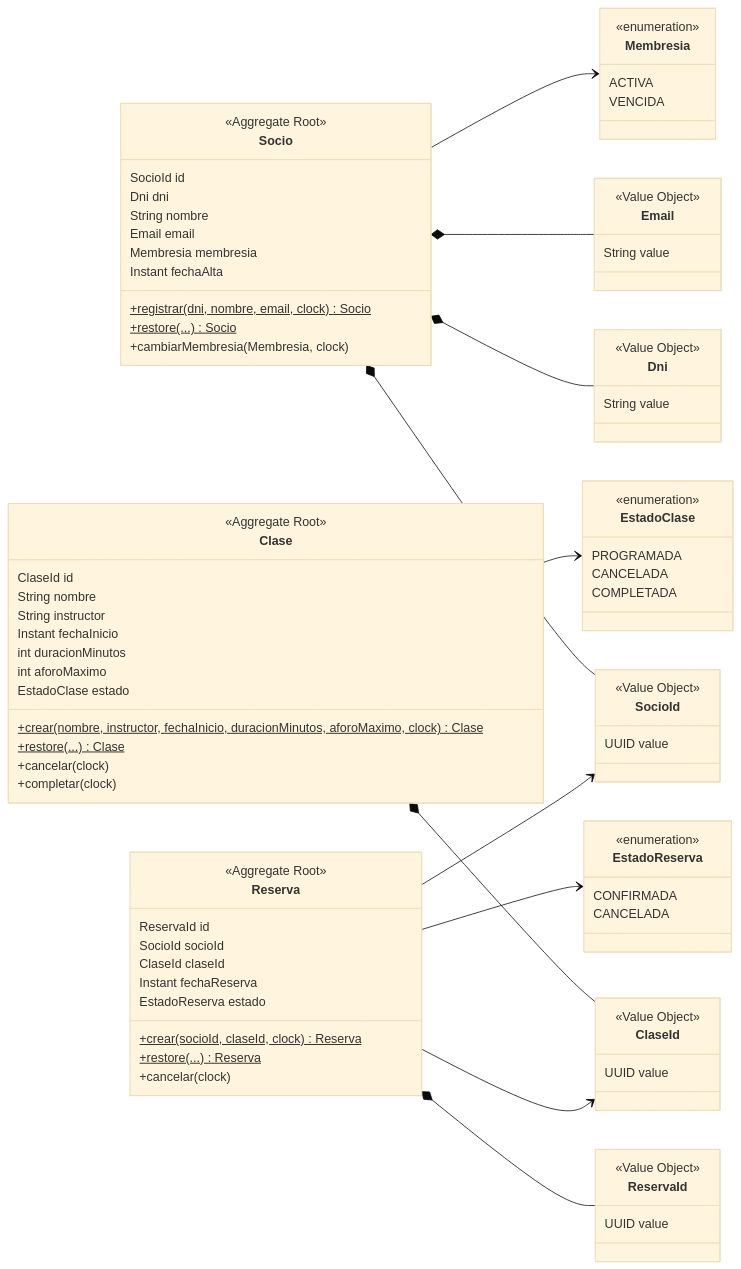
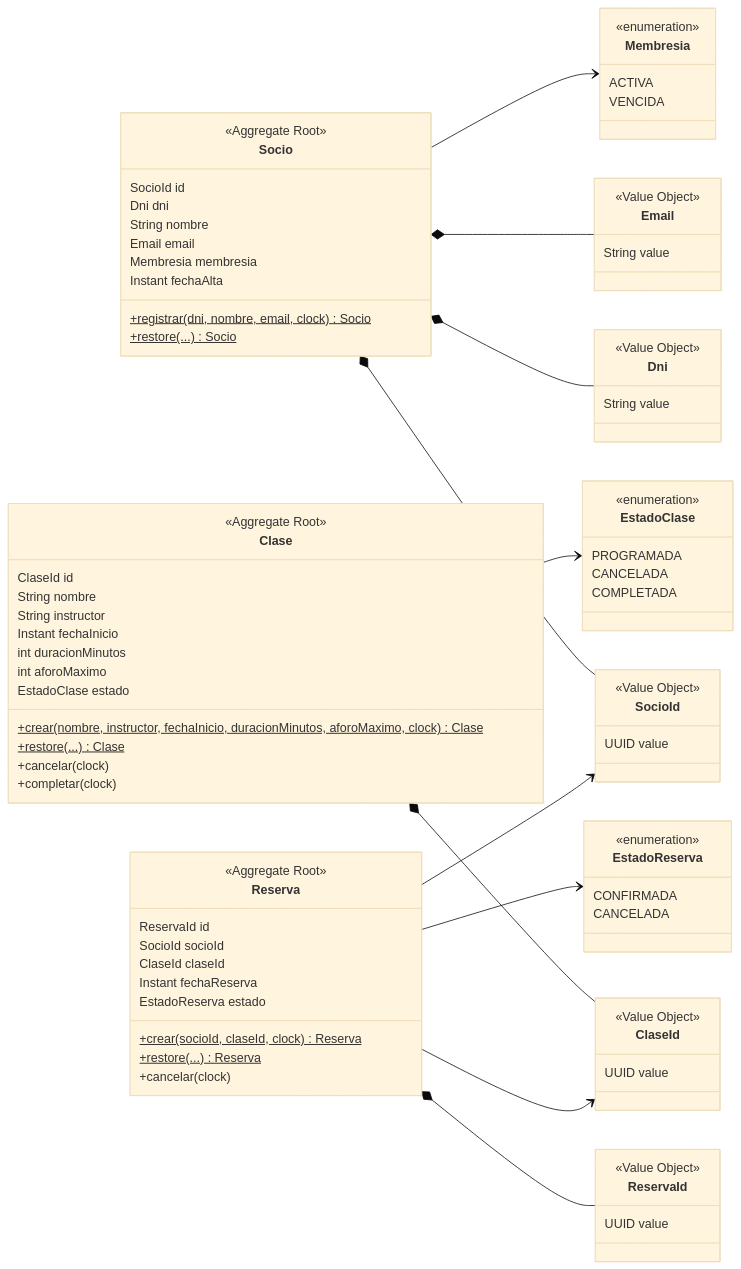
One commit to neft007/examenAiSpecDrivenDevelopment changed the diagram in specs/architecture/domain-model.md. Above: the diagram before and after it, drawn with Mermaid (base theme). The commit also changed other lines of this file, not shown here.

Commit message:
design: retirar cambiarMembresia del modelo de dominio (fuera de V1)
Ninguna spec (requisitos, historias de usuario ni ciclo de vida) define
las reglas para cambiar la membresía de un socio. Para no implementar
comportamiento sin especificar, se elimina cambiarMembresia del diagrama
de clases de Socio y se registra en las decisiones de modelado que queda
fuera del alcance de V1 hasta que se especifique.

```diff
--- a/specs/architecture/domain-model.md
+++ b/specs/architecture/domain-model.md
@@ -34,7 +34,6 @@
         Instant fechaAlta
         +registrar(dni, nombre, email, clock)$ Socio
         +restore(...)$ Socio
-        +cambiarMembresia(Membresia, clock)
     }
 
     class Clase {
```
